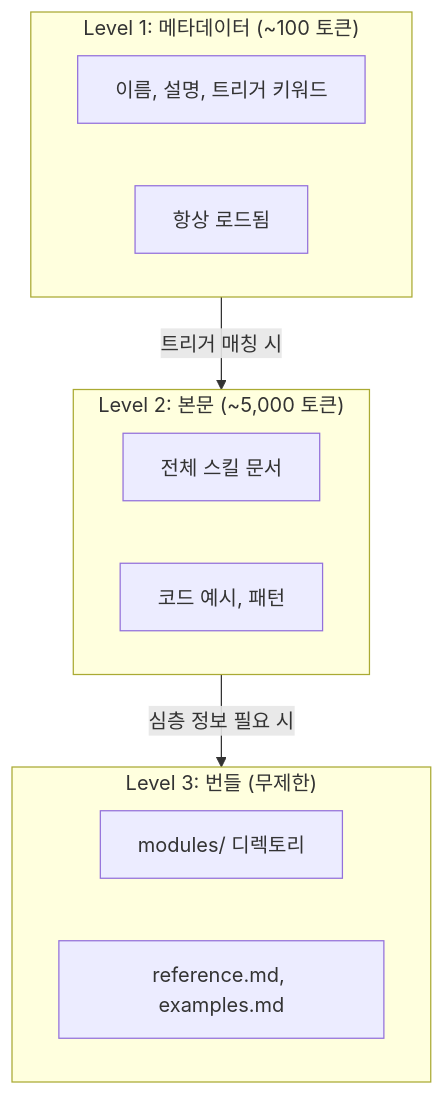
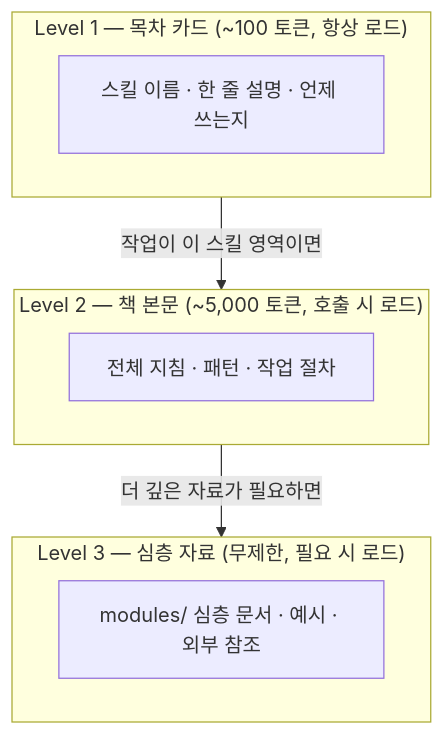
One commit to modu-ai/moai-adk changed the second of 3 diagrams in docs-site/content/ko/advanced/skill-guide.md. Above: the diagram before and after it, drawn with Mermaid. The commit also changed other lines of this file and 7 other files, not shown here.

````diff
--- a/docs-site/content/ko/advanced/skill-guide.md
+++ b/docs-site/content/ko/advanced/skill-guide.md
@@ -127,21 +73,14 @@
 ```mermaid
 flowchart TD
-    subgraph L1["Level 1: 메타데이터 (~100 토큰)"]
-        M1["이름, 설명, 트리거 키워드"]
-        M2["항상 로드됨"]
+    subgraph L1["Level 1 — 목차 카드 (~100 토큰, 항상 로드)"]
+        L1a["스킬 이름 · 한 줄 설명 · 언제 쓰는지"]
     end
-
-    subgraph L2["Level 2: 본문 (~5,000 토큰)"]
-        B1["전체 스킬 문서"]
-        B2["코드 예시, 패턴"]
+    subgraph L2["Level 2 — 책 본문 (~5,000 토큰, 호출 시 로드)"]
+        L2a["전체 지침 · 패턴 · 작업 절차"]
     end
-
-    subgraph L3["Level 3: 번들 (무제한)"]
-        R1["modules/ 디렉토리"]
-        R2["reference.md, examples.md"]
+    subgraph L3["Level 3 — 심층 자료 (무제한, 필요 시 로드)"]
+        L3a["modules/ 심층 문서 · 예시 · 외부 참조"]
     end
-
-    L1 -->|"트리거 매칭 시"| L2
-    L2 -->|"심층 정보 필요 시"| L3
-
+    L1 -->|"작업이 이 스킬 영역이면"| L2
+    L2 -->|"더 깊은 자료가 필요하면"| L3
 ```
````
